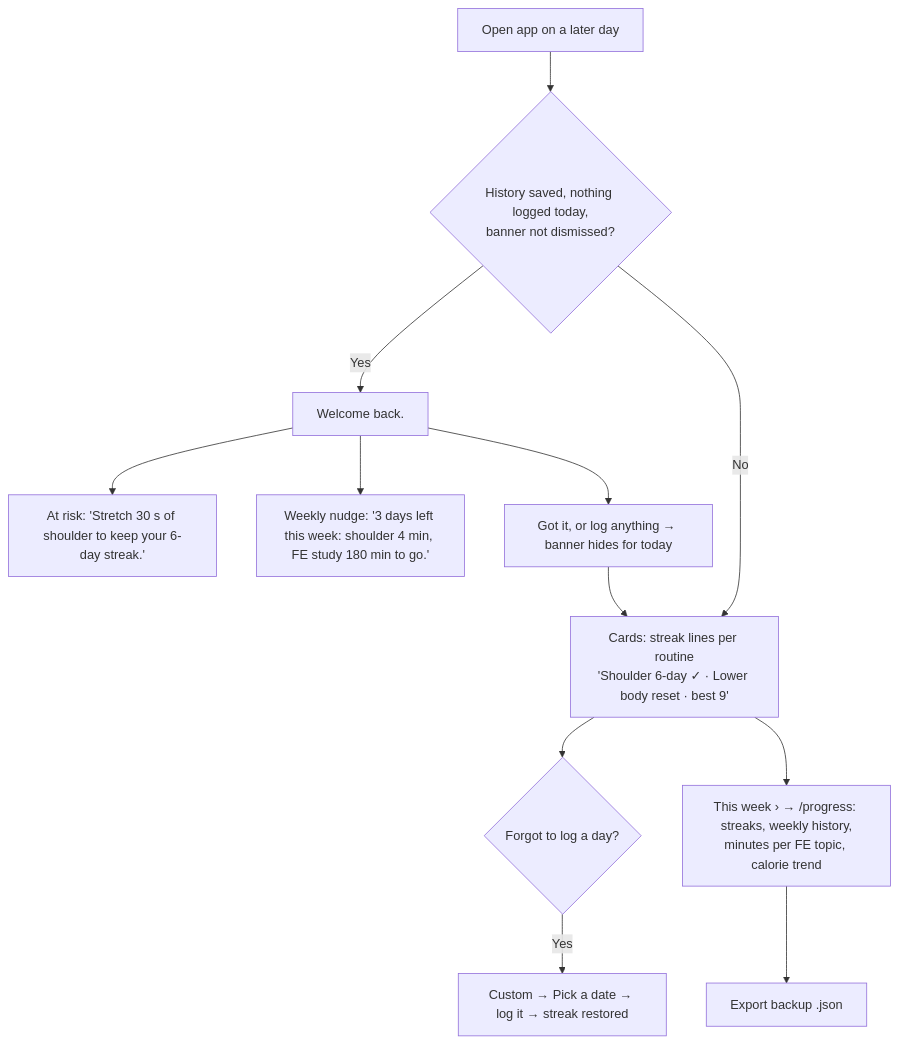
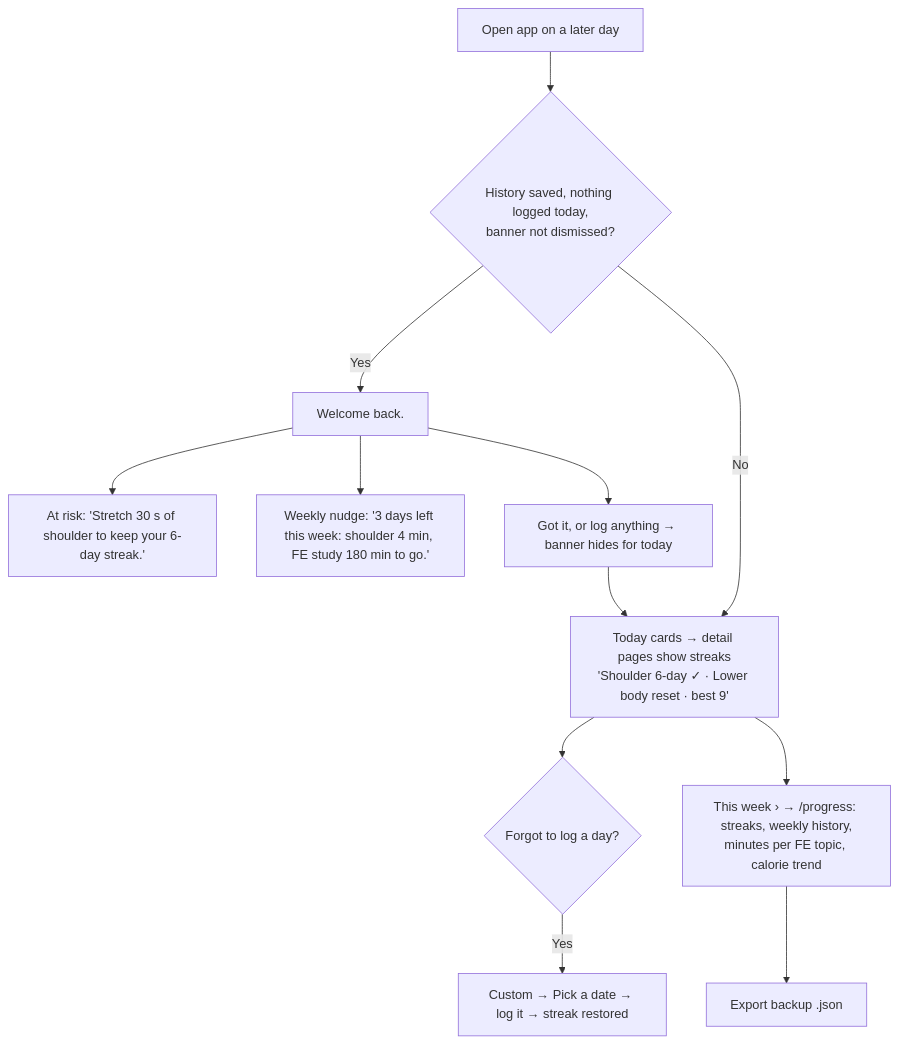
The fourth of 4 diagrams in flows.md (phamkd17/DBS-Assignment3), drawn with Mermaid before and after one commit. The commit also changed other lines of this file and 4 other files, not shown here.

Commit message:
Streaks move off Today into the Stretch and FE study detail page cards

````diff
--- a/flows.md
+++ b/flows.md
@@ -74,14 +74,14 @@
 ```mermaid
 flowchart TD
   O[Open app on a later day] --> W{"History saved, nothing logged today,<br/>banner not dismissed?"}
   W -- Yes --> WB["Welcome back."]
   WB --> AR["At risk: 'Stretch 30 s of shoulder to keep your 6-day streak.'"]
   WB --> WK["Weekly nudge: '3 days left this week: shoulder 4 min, FE study 180 min to go.'"]
   WB --> GOT["Got it, or log anything → banner hides for today"]
   W -- No --> CARDS
-  GOT --> CARDS["Cards: streak lines per routine<br/>'Shoulder 6-day ✓ · Lower body reset · best 9'"]
+  GOT --> CARDS["Today cards → detail pages show streaks<br/>'Shoulder 6-day ✓ · Lower body reset · best 9'"]
   CARDS --> MISS{Forgot to log a day?}
   MISS -- Yes --> Y["Custom → Pick a date → log it → streak restored"]
   CARDS --> PR["This week › → /progress: streaks, weekly history,<br/>minutes per FE topic, calorie trend"]
   PR --> EX[Export backup .json]
 ```
````
